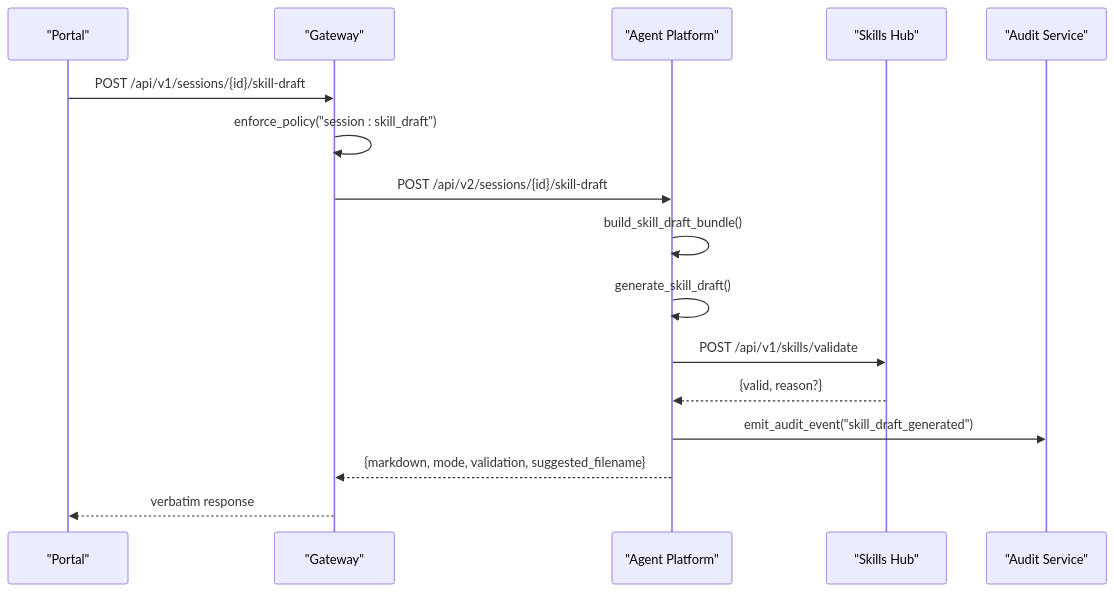
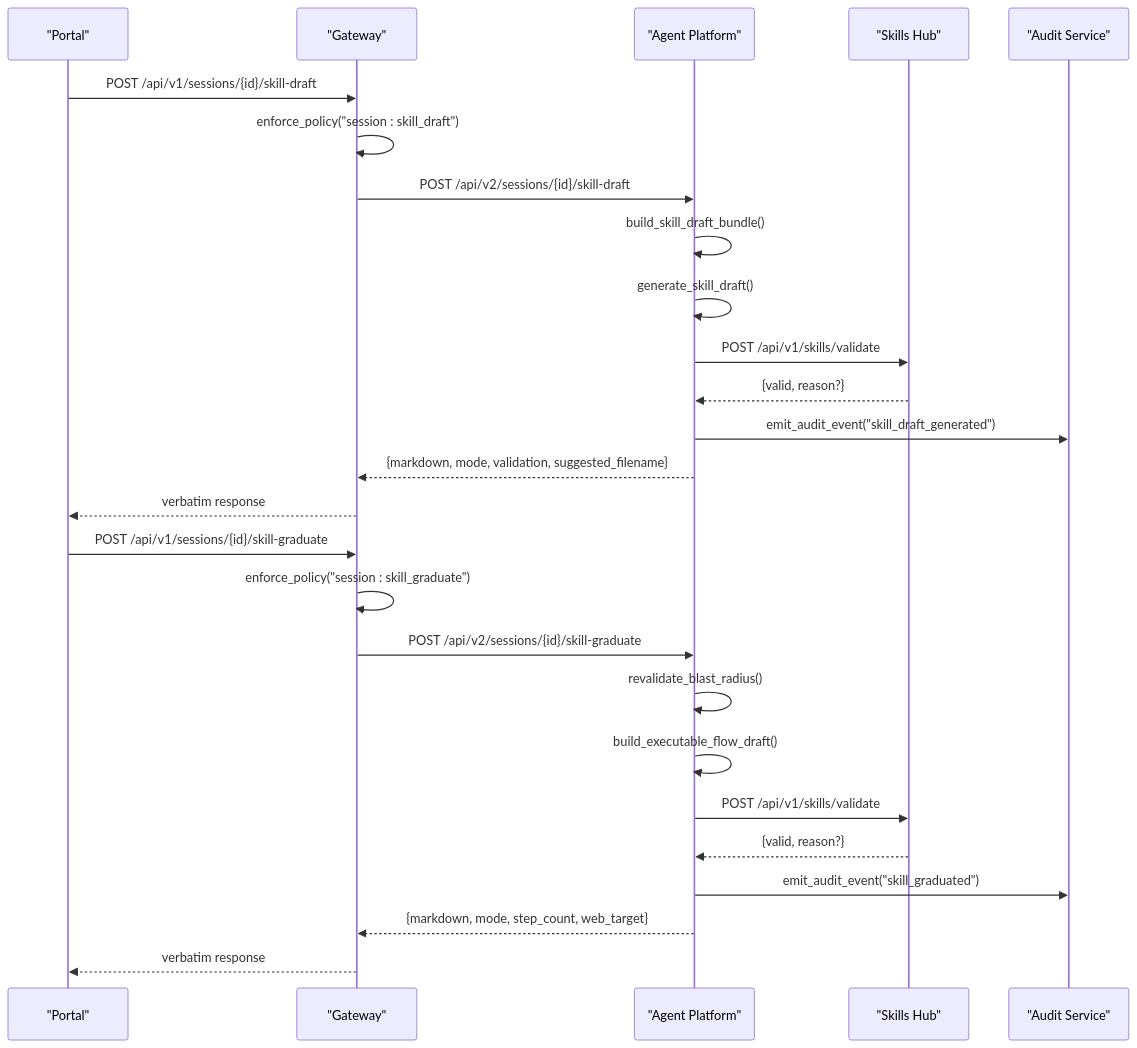
The second of 6 diagrams in .qoder/repowiki/en/content/Architecture Documentation/SPEC-044_ Skill Authoring Export from Sessions.md (metasync/luban-aiops), drawn with Mermaid before and after one commit. The commit also changed other lines of this file and 6 other files, not shown here.

````diff
--- a/.qoder/repowiki/en/content/Architecture Documentation/SPEC-044_ Skill Authoring Export from Sessions.md
+++ b/.qoder/repowiki/en/content/Architecture Documentation/SPEC-044_ Skill Authoring Export from Sessions.md
@@ -90,18 +93,28 @@
 ```mermaid
 sequenceDiagram
 participant P as "Portal"
 participant G as "Gateway"
 participant A as "Agent Platform"
 participant S as "Skills Hub"
 participant U as "Audit Service"
 P->>G : POST /api/v1/sessions/{id}/skill-draft
 G->>G : enforce_policy("session : skill_draft")
 G->>A : POST /api/v2/sessions/{id}/skill-draft
 A->>A : build_skill_draft_bundle()
 A->>A : generate_skill_draft()
 A->>S : POST /api/v1/skills/validate
 S-->>A : {valid, reason?}
 A->>U : emit_audit_event("skill_draft_generated")
 A-->>G : {markdown, mode, validation, suggested_filename}
 G-->>P : verbatim response
+P->>G : POST /api/v1/sessions/{id}/skill-graduate
+G->>G : enforce_policy("session : skill_graduate")
+G->>A : POST /api/v2/sessions/{id}/skill-graduate
+A->>A : revalidate_blast_radius()
+A->>A : build_executable_flow_draft()
+A->>S : POST /api/v1/skills/validate
+S-->>A : {valid, reason?}
+A->>U : emit_audit_event("skill_graduated")
+A-->>G : {markdown, mode, step_count, web_target}
+G-->>P : verbatim response
 ```
````
